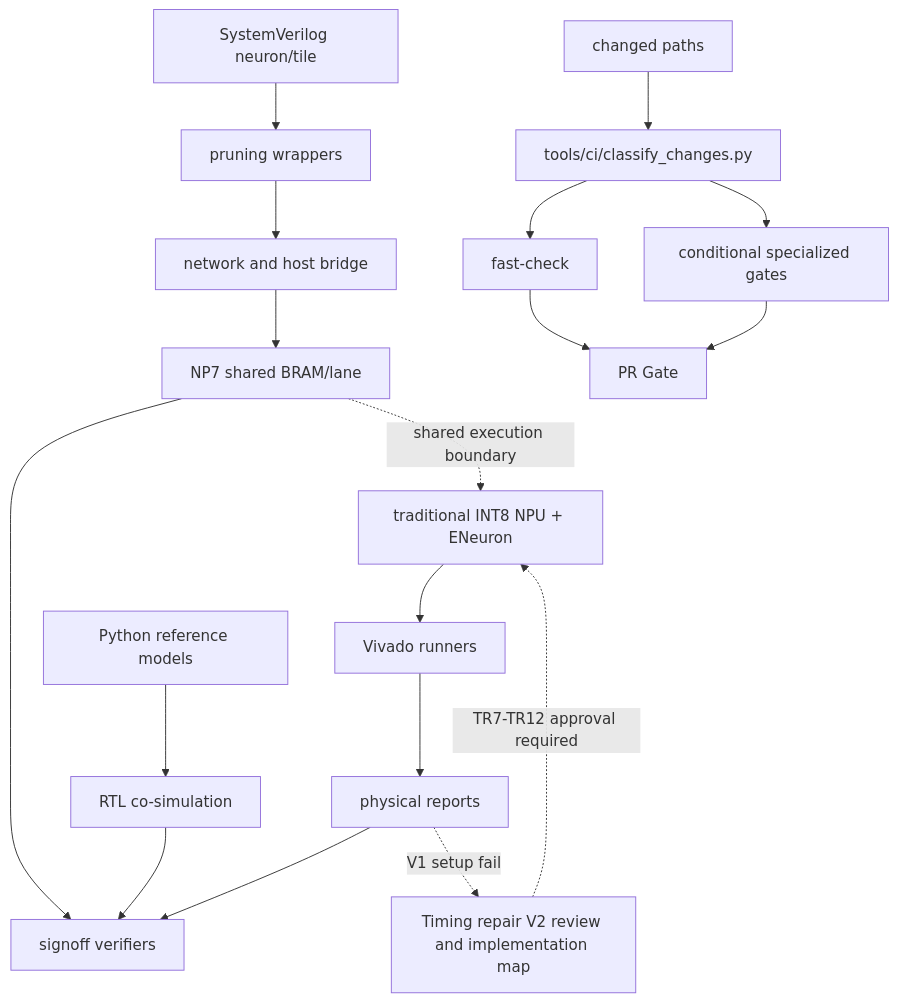
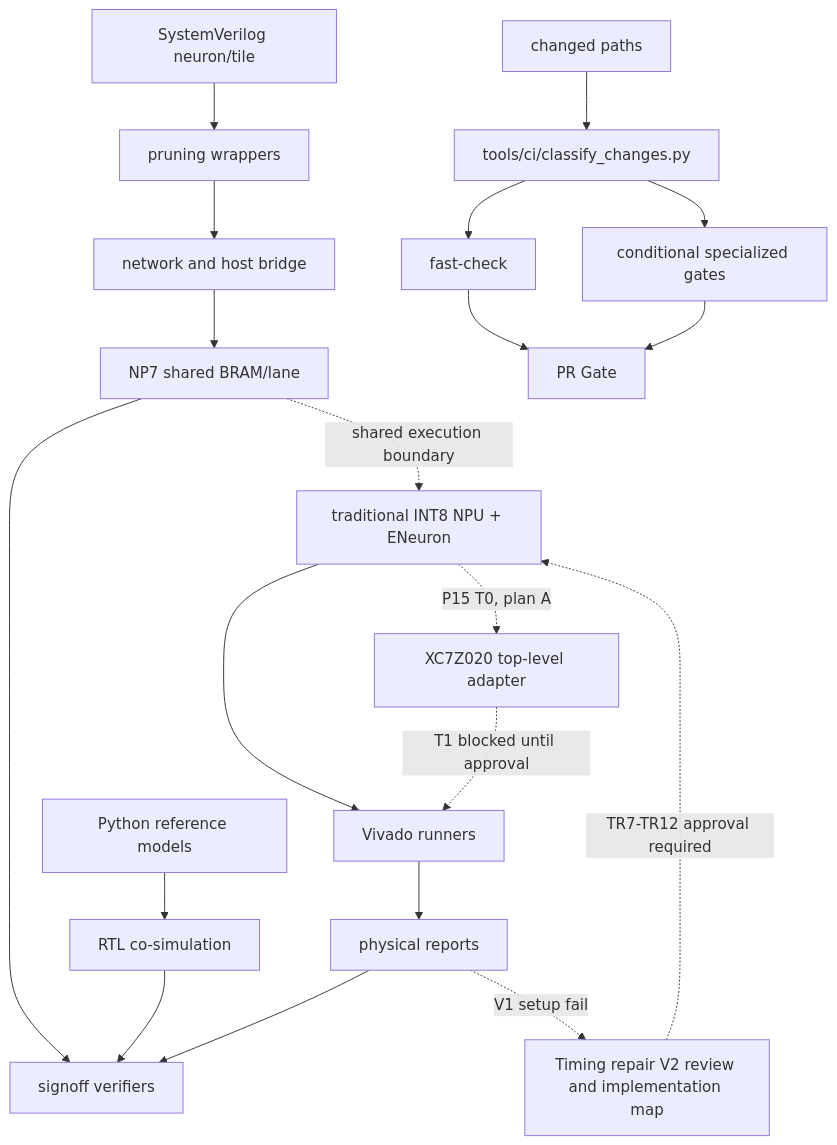
One commit to Epslion404/ENeuron changed the diagram in .nexus-map/arch/dependencies.md. Above: the diagram before and after it, drawn with Mermaid. The commit also changed other lines of this file and 3 other files, not shown here.

````diff
--- a/.nexus-map/arch/dependencies.md
+++ b/.nexus-map/arch/dependencies.md
@@ -7,20 +7,22 @@
 ```mermaid
 graph TD
   ref[Python reference models] --> cosim[RTL co-simulation]
   rtl[SystemVerilog neuron/tile] --> wrap[pruning wrappers]
   wrap --> net[network and host bridge]
   net --> np7[NP7 shared BRAM/lane]
   np7 --> verify[signoff verifiers]
   cosim --> verify[signoff verifiers]
   vivado[Vivado runners] --> reports[physical reports]
   reports --> verify
   reports -. V1 setup fail .-> timing[Timing repair V2 review and implementation map]
   timing -. TR7-TR12 approval required .-> npu
   np7 -. shared execution boundary .-> npu[traditional INT8 NPU + ENeuron]
   npu --> vivado
+  npu -. P15 T0, plan A .-> p15[XC7Z020 top-level adapter]
+  p15 -. T1 blocked until approval .-> vivado
   changes[changed paths] --> classify[tools/ci/classify_changes.py]
   classify --> fast[fast-check]
   classify --> specialized[conditional specialized gates]
   fast --> gate[PR Gate]
   specialized --> gate
 ```
````
